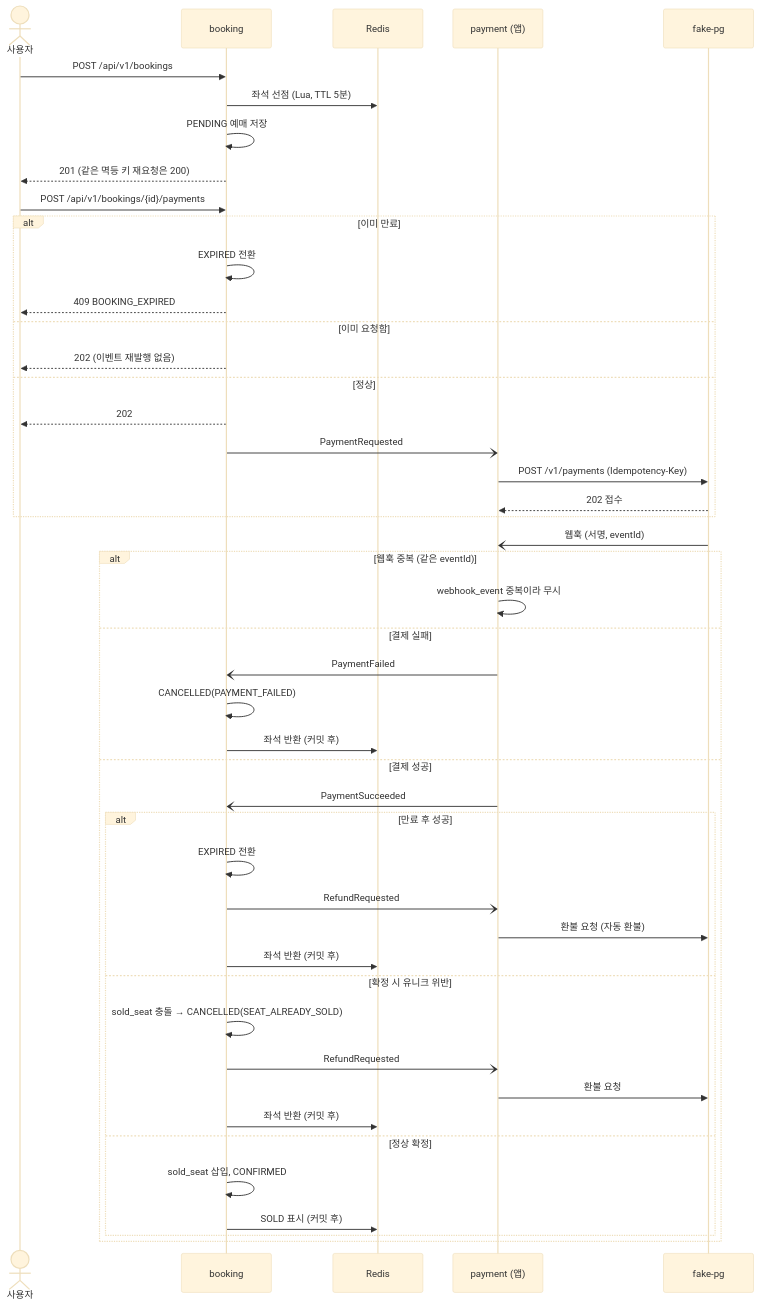
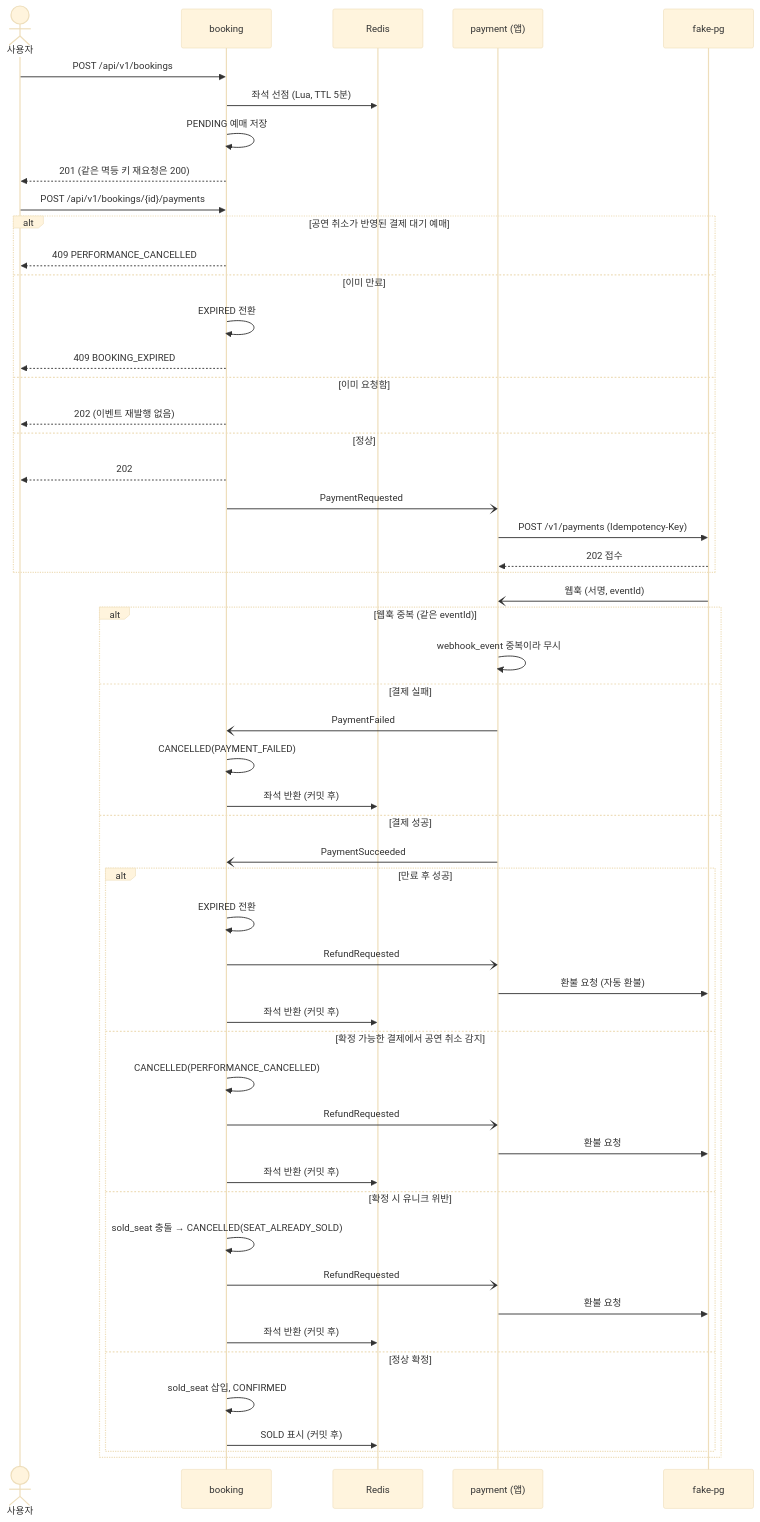
One commit to jkonury/ticketing changed the first of 3 diagrams in docs/architecture/flows.md. Above: the diagram before and after it, drawn with Mermaid (base theme). The commit also changed other lines of this file and 11 other files, not shown here.

````diff
--- a/docs/architecture/flows.md
+++ b/docs/architecture/flows.md
@@ -50,51 +50,58 @@
 ```mermaid
 sequenceDiagram
     actor U as 사용자
     participant B as booking
     participant R as Redis
     participant P as payment (앱)
     participant PG as fake-pg
 
     U->>B: POST /api/v1/bookings
     B->>R: 좌석 선점 (Lua, TTL 5분)
     B->>B: PENDING 예매 저장
     B-->>U: 201 (같은 멱등 키 재요청은 200)
 
     U->>B: POST /api/v1/bookings/{id}/payments
-    alt 이미 만료
+    alt 공연 취소가 반영된 결제 대기 예매
+        B-->>U: 409 PERFORMANCE_CANCELLED
+    else 이미 만료
         B->>B: EXPIRED 전환
         B-->>U: 409 BOOKING_EXPIRED
     else 이미 요청함
         B-->>U: 202 (이벤트 재발행 없음)
     else 정상
         B-->>U: 202
         B-)P: PaymentRequested
         P->>PG: POST /v1/payments (Idempotency-Key)
         PG-->>P: 202 접수
     end
 
     PG-)P: 웹훅 (서명, eventId)
     alt 웹훅 중복 (같은 eventId)
         P->>P: webhook_event 중복이라 무시
     else 결제 실패
         P-)B: PaymentFailed
         B->>B: CANCELLED(PAYMENT_FAILED)
         B->>R: 좌석 반환 (커밋 후)
     else 결제 성공
         P-)B: PaymentSucceeded
         alt 만료 후 성공
             B->>B: EXPIRED 전환
             B-)P: RefundRequested
             P->>PG: 환불 요청 (자동 환불)
             B->>R: 좌석 반환 (커밋 후)
+        else 확정 가능한 결제에서 공연 취소 감지
+            B->>B: CANCELLED(PERFORMANCE_CANCELLED)
+            B-)P: RefundRequested
+            P->>PG: 환불 요청
+            B->>R: 좌석 반환 (커밋 후)
         else 확정 시 유니크 위반
             B->>B: sold_seat 충돌 → CANCELLED(SEAT_ALREADY_SOLD)
             B-)P: RefundRequested
             P->>PG: 환불 요청
             B->>R: 좌석 반환 (커밋 후)
         else 정상 확정
             B->>B: sold_seat 삽입, CONFIRMED
             B->>R: SOLD 표시 (커밋 후)
         end
     end
 ```
````
